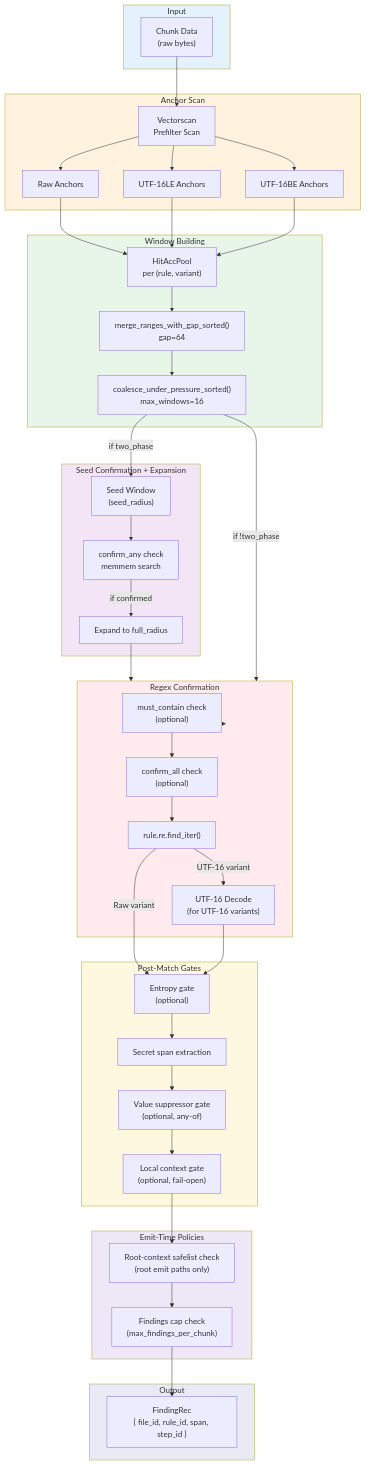
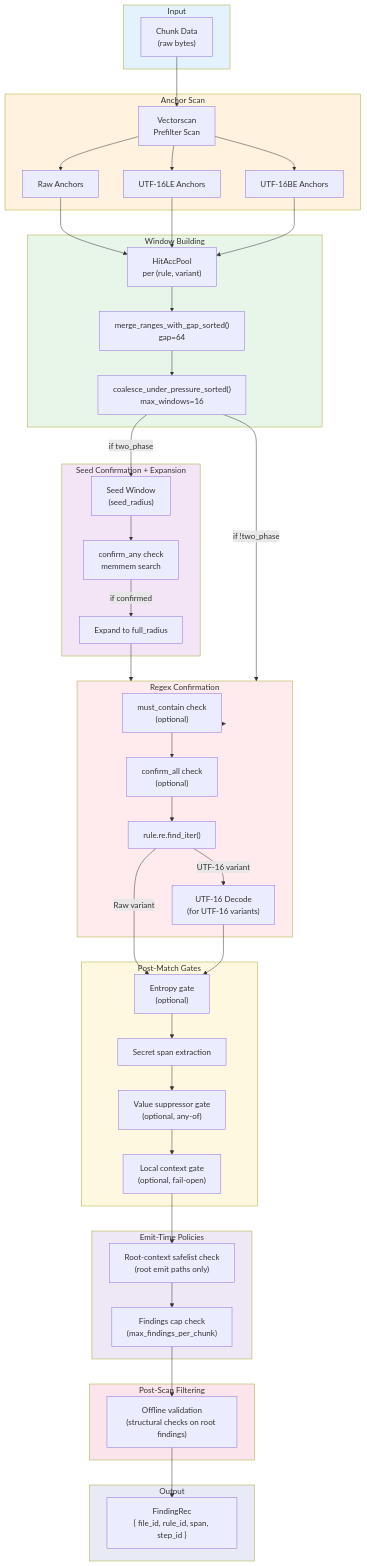
Before and after one commit to ahrav/scratch-scanner-rs: the first of 4 diagrams in docs/detection-engine.md, drawn with Mermaid. The commit also changed other lines of this file and 2 other files, not shown here.

First line of the commit message:
Update docs for offline validation data model and engine flow

````diff
--- a/docs/detection-engine.md
+++ b/docs/detection-engine.md
@@ -46,6 +46,10 @@
         Cap["Findings cap check<br/>(max_findings_per_chunk)"]
     end
 
+    subgraph PostScan["Post-Scan Filtering"]
+        OfflineVal["Offline validation<br/>(structural checks on root findings)"]
+    end
+
     subgraph Output["Output"]
         FindingRec["FindingRec<br/>{ file_id, rule_id, span, step_id }"]
     end
@@ -81,7 +85,8 @@
     ValueSuppressors --> LocalCtx
     LocalCtx --> Safelist
     Safelist --> Cap
-    Cap --> FindingRec
+    Cap --> OfflineVal
+    OfflineVal --> FindingRec
 
     style Input fill:#e3f2fd
     style AnchorScan fill:#fff3e0
@@ -90,5 +95,6 @@
     style RegexConfirm fill:#ffebee
     style PostMatch fill:#fff8e1
     style EmitPolicy fill:#ede7f6
+    style PostScan fill:#fce4ec
     style Output fill:#e8eaf6
 ```
````
